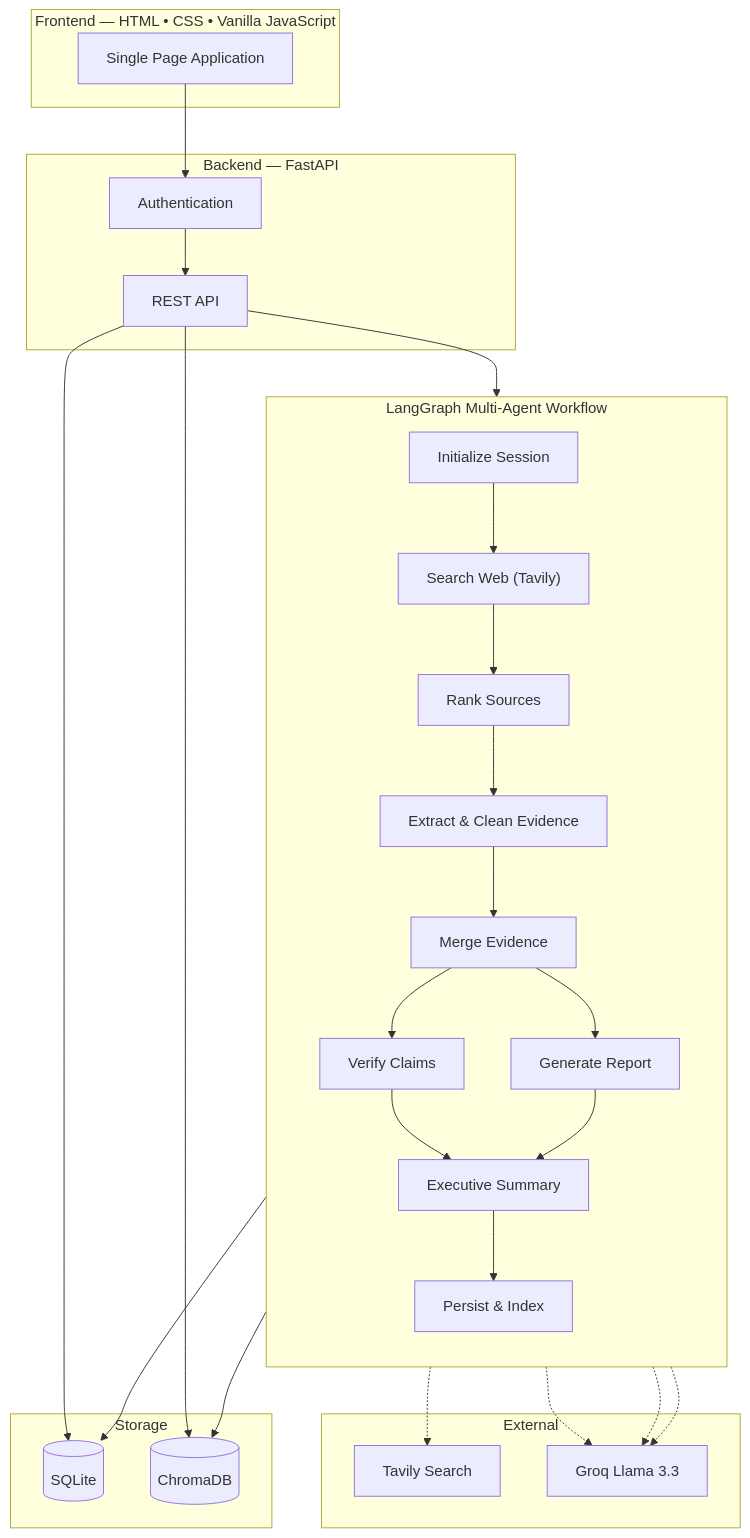
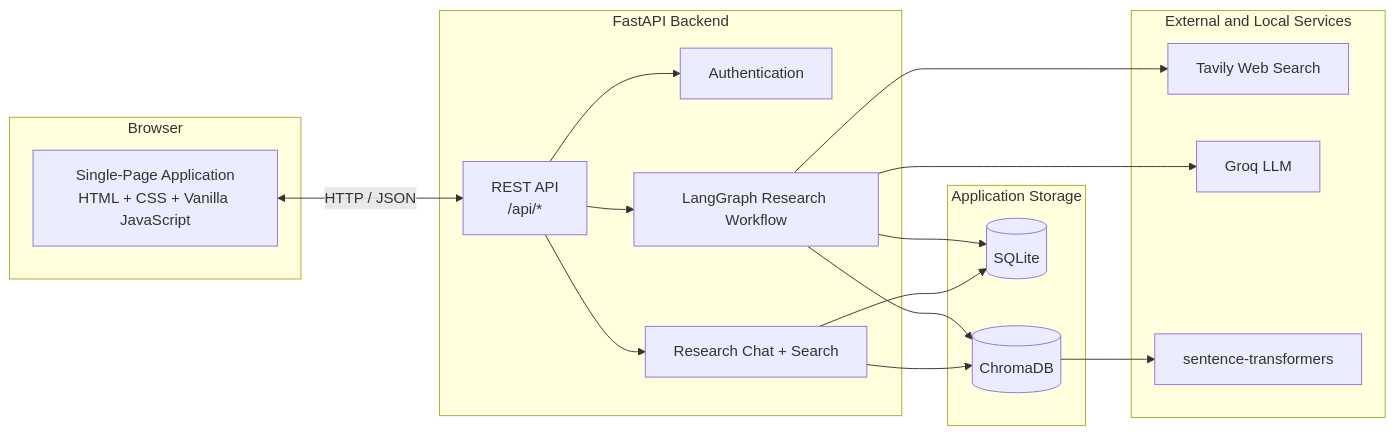
One commit to shreyajoshi144/atlas changed the third of 7 diagrams in README.md. Above: the diagram before and after it, drawn with Mermaid. The commit also changed other lines of this file, not shown here.

````diff
--- a/README.md
+++ b/README.md
@@ -144,60 +173,41 @@
 ```mermaid
-flowchart TB
-    subgraph Client["Frontend — HTML • CSS • Vanilla JavaScript"]
-        UI["Single Page Application"]
+flowchart LR
+
+    subgraph Client["Browser"]
+        UI["Single-Page Application<br/>HTML + CSS + Vanilla JavaScript"]
     end
 
-    subgraph API["Backend — FastAPI"]
-        Auth["Authentication"]
-        Routes["REST API"]
+    subgraph Backend["FastAPI Backend"]
+        API["REST API<br/>/api/*"]
+        AUTH["Authentication"]
+        GRAPH["LangGraph Research Workflow"]
+        CHAT["Research Chat + Search"]
     end
 
-    subgraph Pipeline["LangGraph Multi-Agent Workflow"]
-        direction TB
-
-        A["Initialize Session"]
-        B["Search Web (Tavily)"]
-        C["Rank Sources"]
-        D["Extract & Clean Evidence"]
-        E["Merge Evidence"]
-        F["Verify Claims"]
-        G["Generate Report"]
-        H["Executive Summary"]
-        I["Persist & Index"]
-
-        A --> B
-        B --> C
-        C --> D
-        D --> E
-        E --> F
-        E --> G
-        F --> H
-        G --> H
-        H --> I
+    subgraph Storage["Application Storage"]
+        SQL[("SQLite")]
+        VECTOR[("ChromaDB")]
     end
 
-    subgraph External
-        Tavily["Tavily Search"]
-        Groq["Groq Llama 3.3"]
+    subgraph Services["External and Local Services"]
+        SEARCH["Tavily Web Search"]
+        LLM["Groq LLM"]
+        EMBED["sentence-transformers"]
     end
 
-    subgraph Storage
-        SQLite[("SQLite")]
-        Chroma[("ChromaDB")]
-    end
+    UI <-->|HTTP / JSON| API
 
-    UI --> Auth
-    Auth --> Routes
-    Routes --> Pipeline
+    API --> AUTH
+    API --> GRAPH
+    API --> CHAT
 
-    B -.-> Tavily
-    F -.-> Groq
-    G -.-> Groq
-    H -.-> Groq
+    GRAPH --> SEARCH
+    GRAPH --> LLM
+    GRAPH --> SQL
+    GRAPH --> VECTOR
 
-    I --> SQLite
-    I --> Chroma
+    CHAT --> SQL
+    CHAT --> VECTOR
 
-    Routes --> SQLite
-    Routes --> Chroma
+    VECTOR --> EMBED
 ```
````
